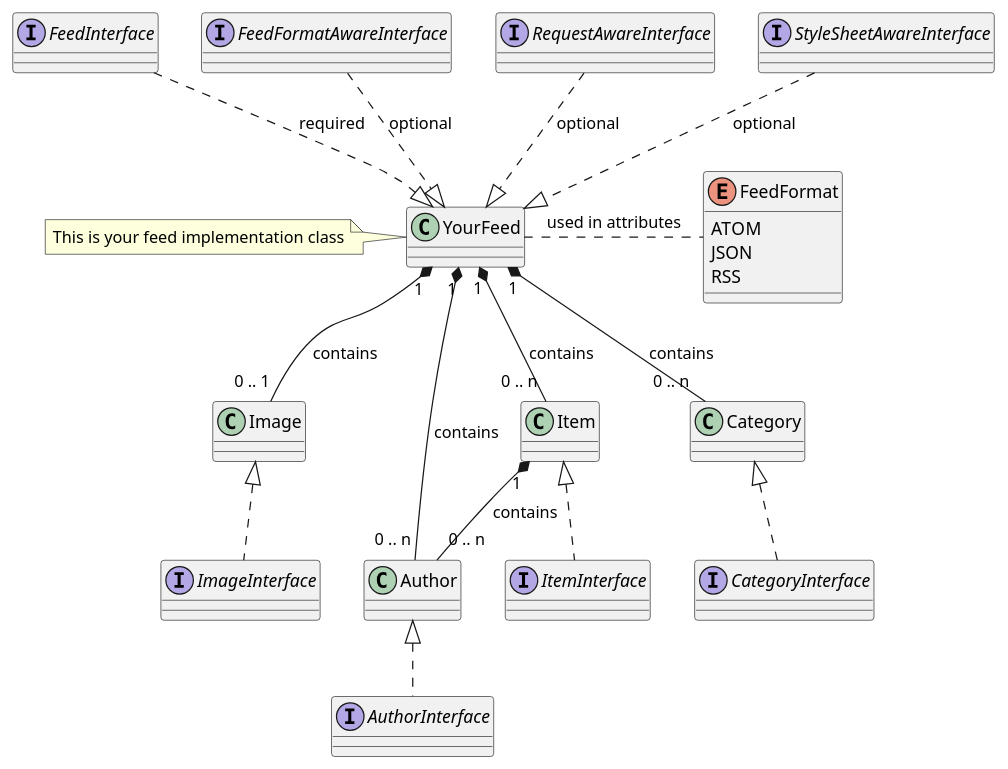
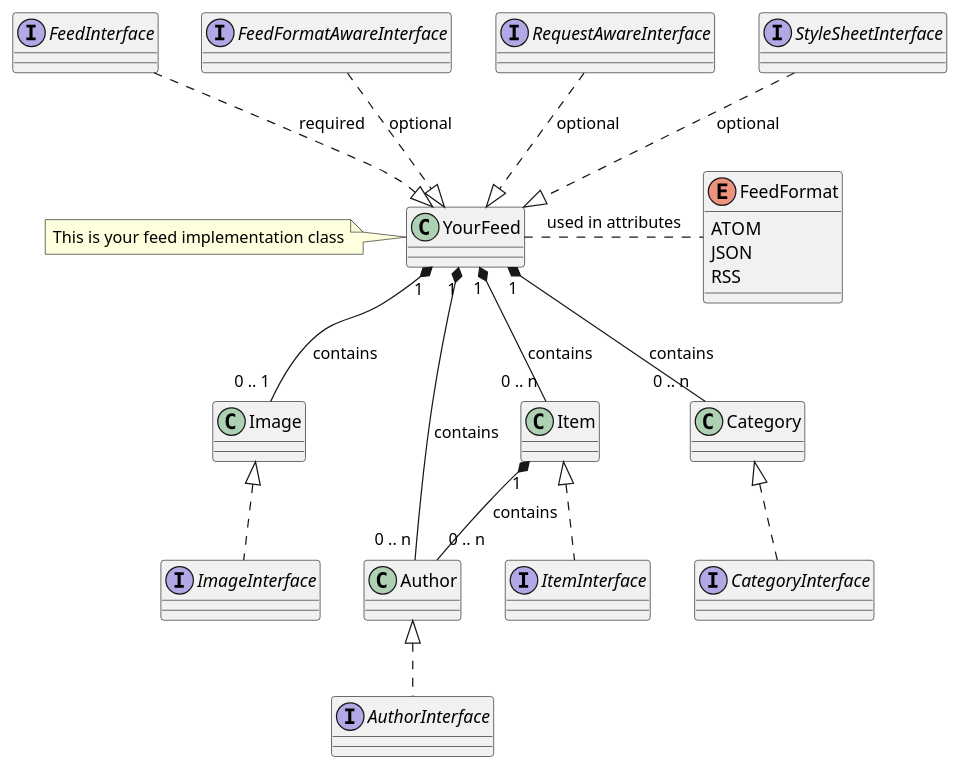
The diagram in Documentation/API/Index.rst (brotkrueml/typo3-feed-generator), drawn with PlantUML before and after one commit. The commit also changed 10 other files, not shown here.

```diff
--- a/Documentation/API/Index.rst
+++ b/Documentation/API/Index.rst
@@ -18,44 +18,44 @@
 .. uml::
 
    enum FeedFormat {
       ATOM
       JSON
       RSS
    }
 
    interface AuthorInterface
    interface CategoryInterface
    interface FeedInterface
    interface FeedFormatAwareInterface
    interface ImageInterface
    interface ItemInterface
    interface RequestAwareInterface
-   interface StyleSheetAwareInterface
+   interface StyleSheetInterface
 
    class Author
    class Image
    class Item
 
    class YourFeed
    note left: This is your feed implementation class
 
    YourFeed -[hidden]> FeedFormat
 
 
    Author <|.. AuthorInterface
    Category <|.. CategoryInterface
    Image <|.. ImageInterface
    Item <|.. ItemInterface
 
    FeedInterface ..|> YourFeed : required
    FeedFormatAwareInterface ..|> YourFeed : optional
    RequestAwareInterface ..|> YourFeed : optional
-   StyleSheetAwareInterface ..|> YourFeed : optional
+   StyleSheetInterface ..|> YourFeed : optional
 
    Item "1" *-- "0 .. n" Author : contains
 
    YourFeed "1" *-- "0 .. n" Author : contains
    YourFeed "1" *-- "0 .. n" Category : contains
    YourFeed "1" *-- "0 .. 1" Image : contains
    YourFeed "1" *-- "0 .. n" Item : contains
    YourFeed .. FeedFormat : used in attributes
```
